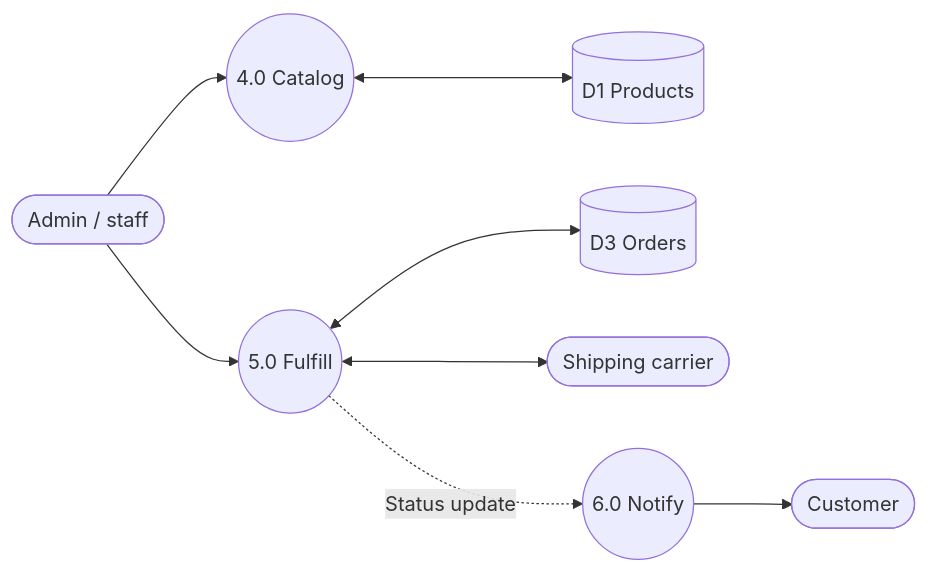
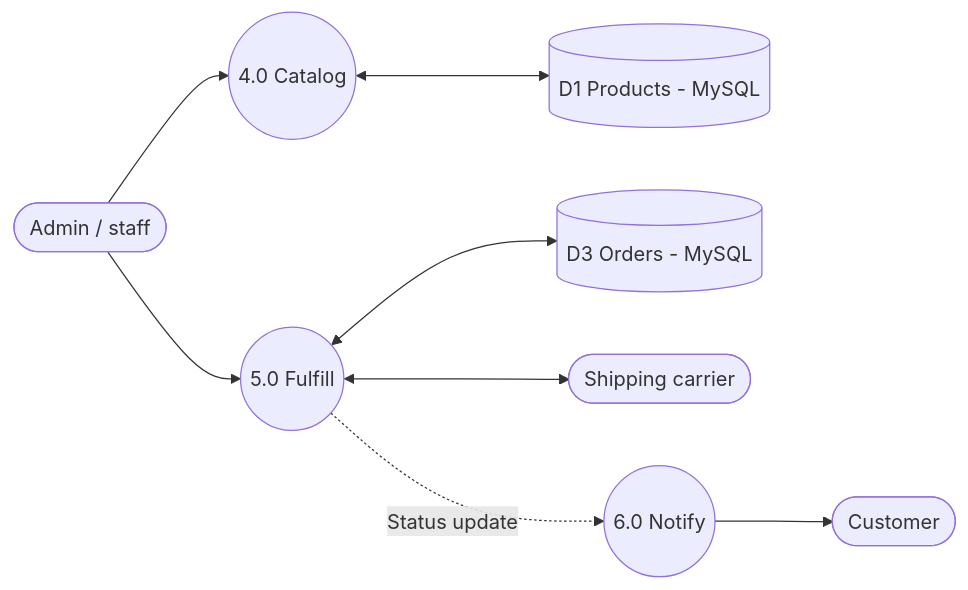
Before and after one commit to Rotaractor-Charles/Narya-Kitchenware: the third of 4 diagrams in DFD.md, drawn with Mermaid. The commit also changed other lines of this file and 128 other files, not shown here.

````diff
--- a/DFD.md
+++ b/DFD.md
@@ -73,19 +73,19 @@
 ```mermaid
 flowchart LR
   Admin([Admin / staff])
   Shipping([Shipping carrier])
   Customer([Customer])
   P4((4.0 Catalog))
   P5((5.0 Fulfill))
   P6((6.0 Notify))
-  D1[(D1 Products)]
-  D3[(D3 Orders)]
+  D1[(D1 Products - MySQL)]
+  D3[(D3 Orders - MySQL)]
 
   Admin --> P4
   Admin --> P5
   P4 <--> D1
   P5 <--> D3
   P5 <--> Shipping
   P5 -.Status update.-> P6
   P6 --> Customer
 ```
````
